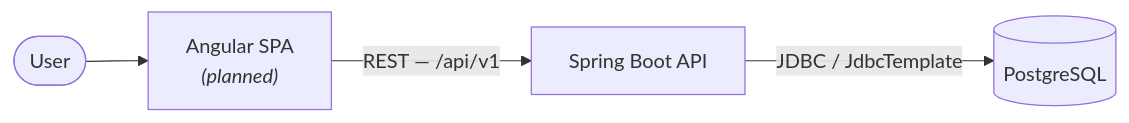
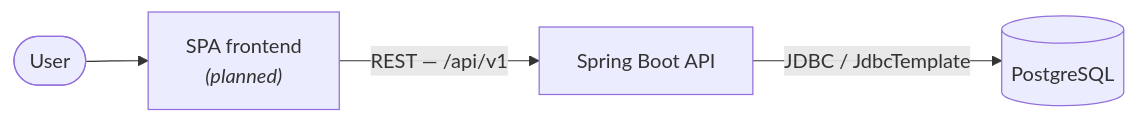
Before and after one commit to mikebg95/subscription-tracker: the diagram in README.md, drawn with Mermaid. The commit also changed other lines of this file and 8 other files, not shown here.

````diff
--- a/README.md
+++ b/README.md
@@ -38,6 +38,6 @@
 ```mermaid
 flowchart LR
-    user([User]) --> fe["Angular SPA<br/><i>(planned)</i>"]
+    user([User]) --> fe["SPA frontend<br/><i>(planned)</i>"]
     fe -->|"REST — /api/v1"| api["Spring Boot API"]
     api -->|"JDBC / JdbcTemplate"| db[("PostgreSQL")]
 ```
````
